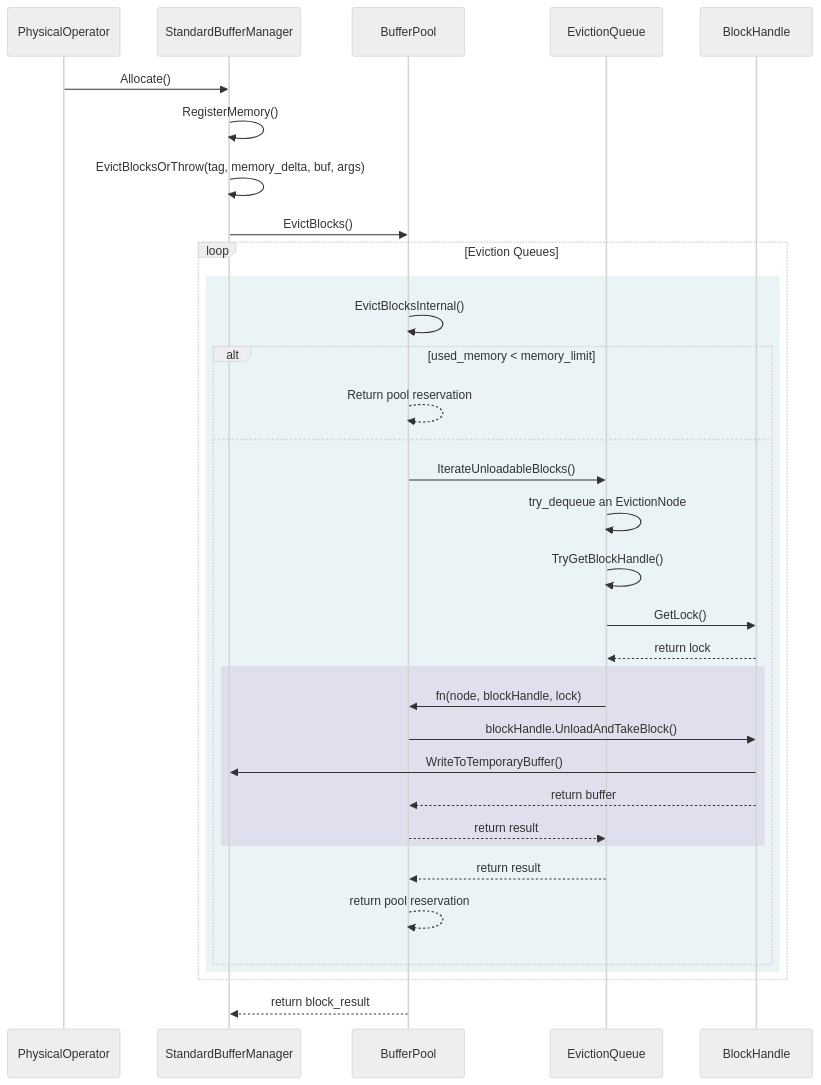
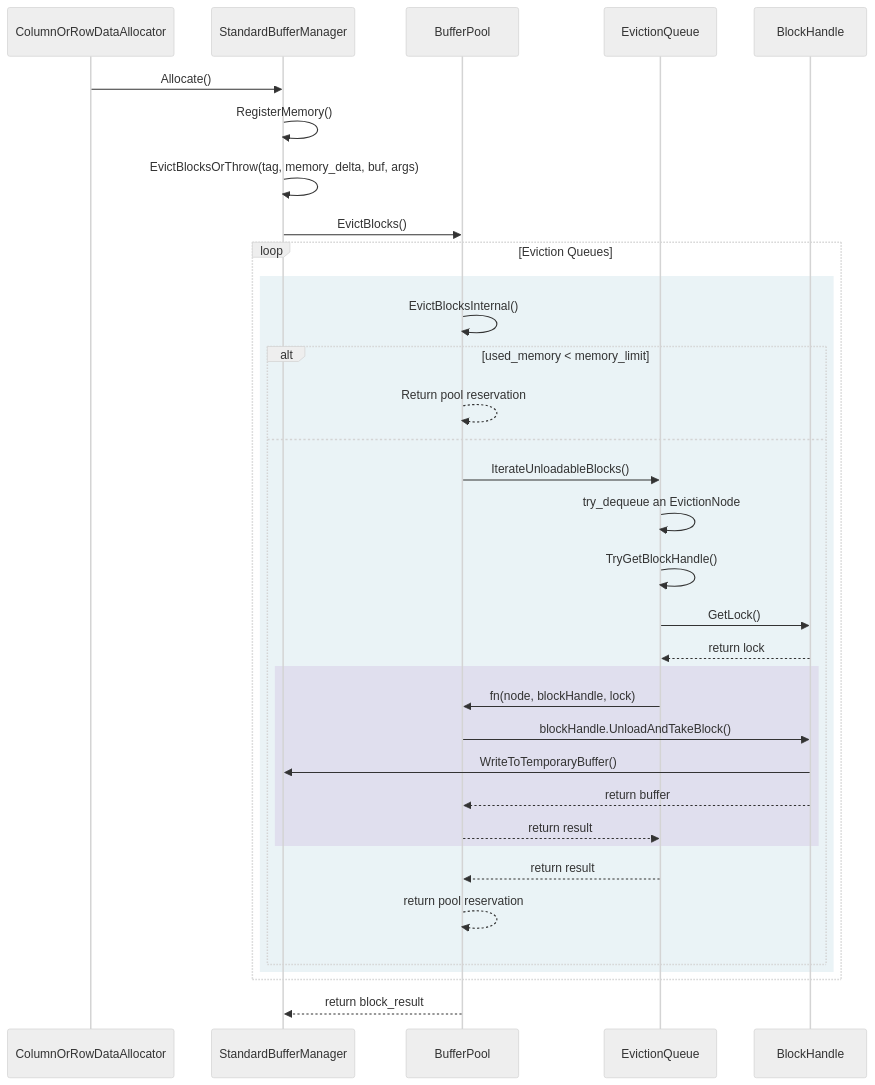
One commit to Tietgen-ITU/thesis changed the diagram in docs/duckdb/buffer-manager.md. Above: the diagram before and after it, drawn with Mermaid (neutral theme). The commit also changed other lines of this file, not shown here.

Commit message:
Change the originating callor of Allocate
This includes a description of what this participant means and where in the call stack is located compared to the physical operators

````diff
--- a/docs/duckdb/buffer-manager.md
+++ b/docs/duckdb/buffer-manager.md
@@ -9,38 +9,38 @@
 ```mermaid
 sequenceDiagram
-    participant PhysicalOperator
+    participant ColumnOrRowDataAllocator
     participant StandardBufferManager
     participant BufferPool
     participant EvictionQueue
     participant BlockHandle
 
-    PhysicalOperator ->> StandardBufferManager: Allocate()
+    ColumnOrRowDataAllocator ->> StandardBufferManager: Allocate()
     StandardBufferManager->>StandardBufferManager: RegisterMemory()
     StandardBufferManager->>StandardBufferManager: EvictBlocksOrThrow(tag, memory_delta, buf, args)
     StandardBufferManager->>BufferPool: EvictBlocks()
         loop Eviction Queues
             rect rgb(50, 137, 168, 0.1)
                 BufferPool->>BufferPool: EvictBlocksInternal()
                 alt used_memory < memory_limit
                     BufferPool -->> BufferPool: Return pool reservation
                 else
                 BufferPool->>EvictionQueue: IterateUnloadableBlocks()
                 EvictionQueue->>EvictionQueue: try_dequeue an EvictionNode
                 EvictionQueue->>EvictionQueue: TryGetBlockHandle()
                 EvictionQueue->>BlockHandle: GetLock()
                 BlockHandle-->>EvictionQueue: return lock
                 rect rgb(135, 50, 168, 0.1)
                     EvictionQueue->>BufferPool: fn(node, blockHandle, lock)         
                     BufferPool->>BlockHandle: blockHandle.UnloadAndTakeBlock()
                     BlockHandle->>StandardBufferManager: WriteToTemporaryBuffer()
                     BlockHandle-->>BufferPool: return buffer
                     BufferPool-->>EvictionQueue: return result
                 end
                 EvictionQueue-->>BufferPool: return result
                 BufferPool-->>BufferPool: return pool reservation
             end
         end
     end
     BufferPool-->>StandardBufferManager: return block_result
 
 ```
````
